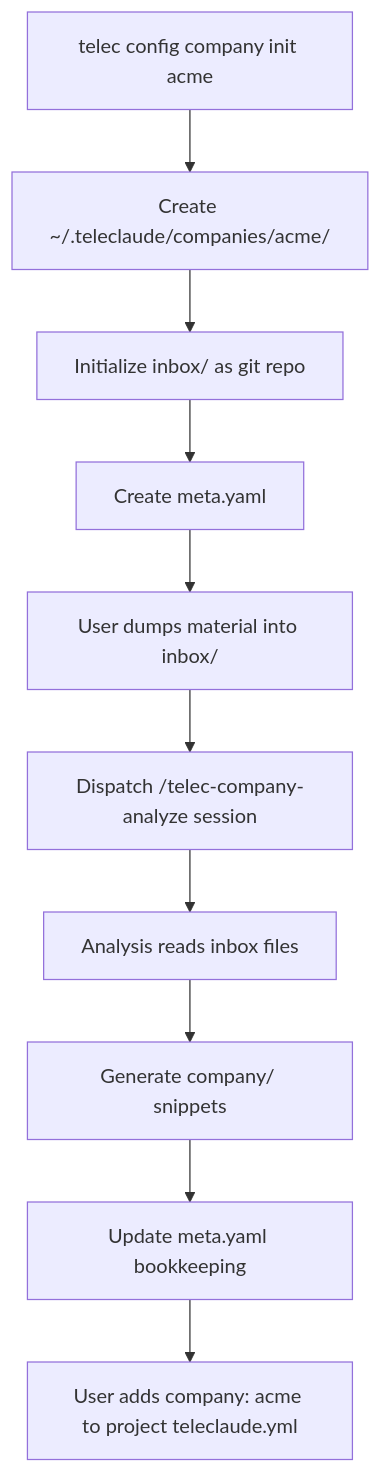
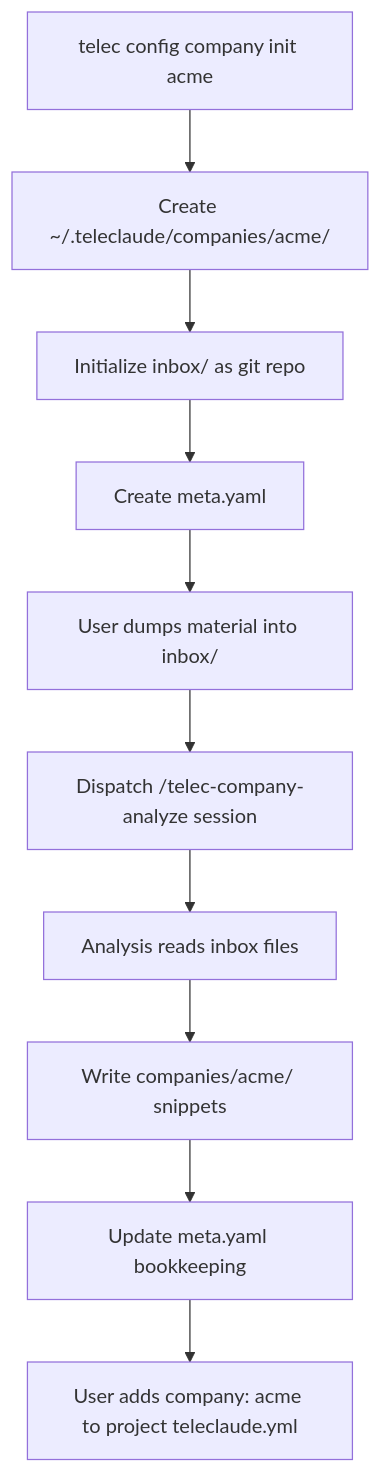
The first of 3 diagrams in docs/global/general/design/company-knowledge-layer.md (InstruktAI/TeleClaude), drawn with Mermaid before and after one commit. The commit also changed other lines of this file and 864 other files, not shown here.

````diff
--- a/docs/global/general/design/company-knowledge-layer.md
+++ b/docs/global/general/design/company-knowledge-layer.md
@@ -70,12 +75,12 @@
 ```mermaid
 flowchart TD
     A[telec config company init acme] --> B[Create ~/.teleclaude/companies/acme/]
     B --> C[Initialize inbox/ as git repo]
     C --> D[Create meta.yaml]
     D --> E[User dumps material into inbox/]
     E --> F[Dispatch /telec-company-analyze session]
     F --> G[Analysis reads inbox files]
-    G --> H[Generate company/ snippets]
+    G --> H[Write companies/acme/ snippets]
     H --> I[Update meta.yaml bookkeeping]
     I --> J[User adds company: acme to project teleclaude.yml]
 ```
````
